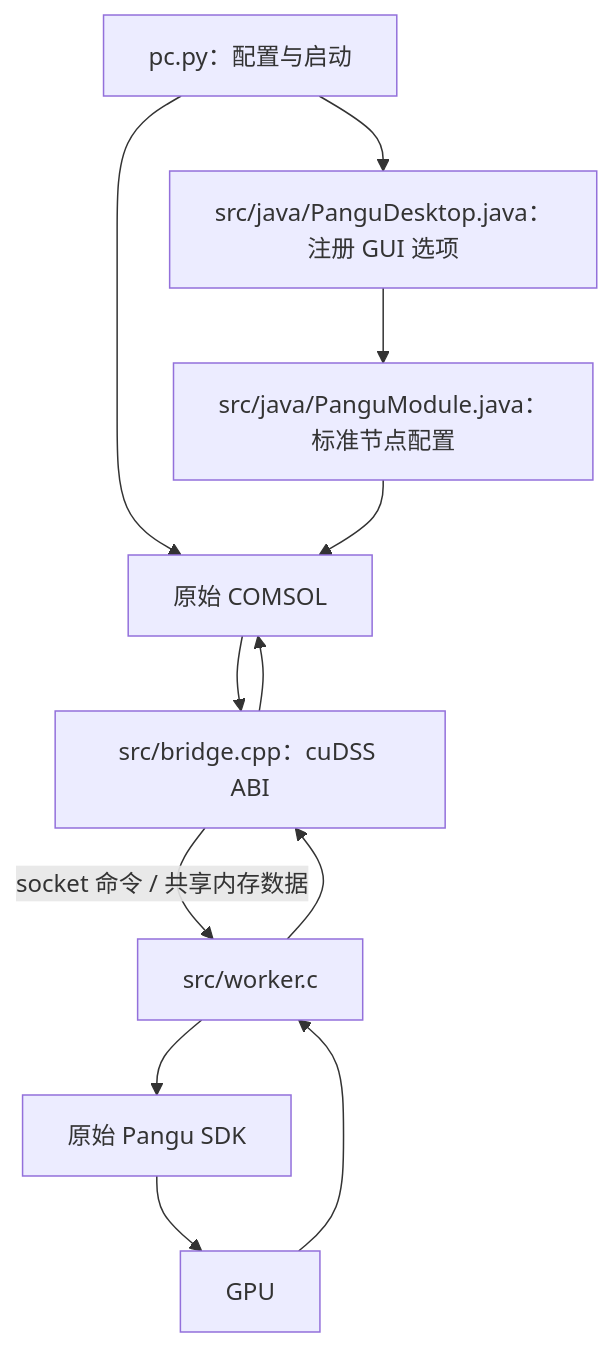
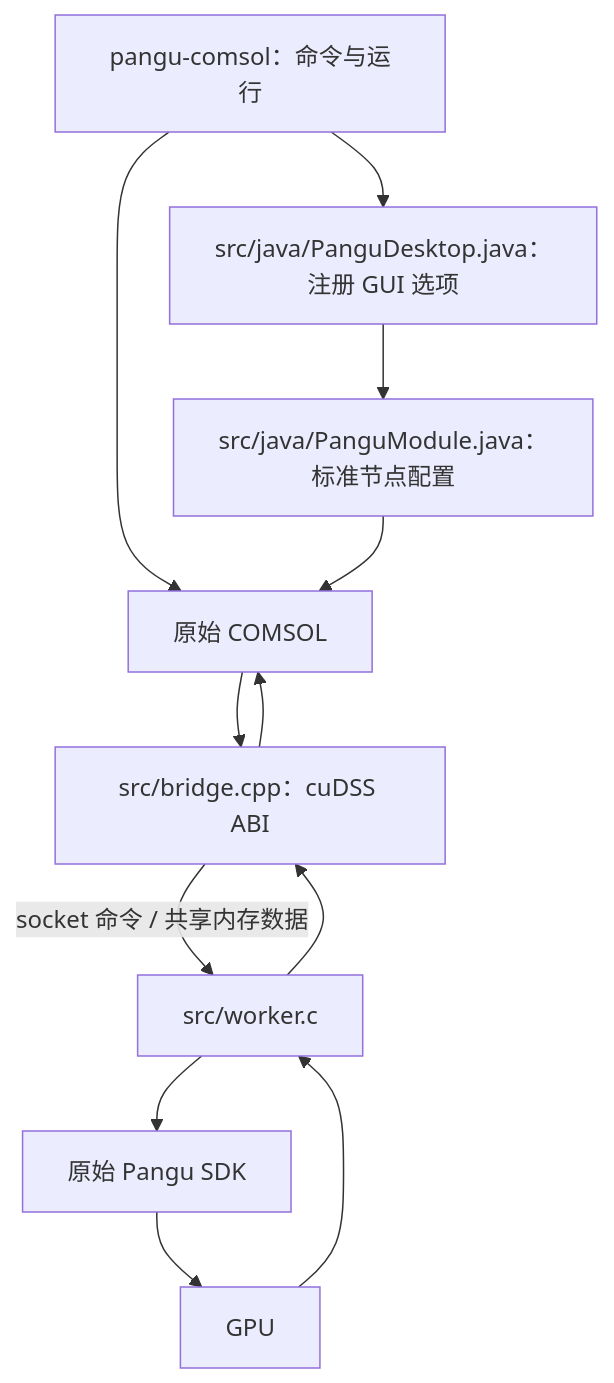
Before and after one commit to yamato720/pangulu-comsol: the diagram in docs/architecture.md, drawn with Mermaid. The commit also changed other lines of this file and 12 other files, not shown here.

````diff
--- a/docs/architecture.md
+++ b/docs/architecture.md
@@ -29,14 +30,14 @@
 ```mermaid
 flowchart TD
-    L[pc.py：配置与启动] --> C[原始 COMSOL]
+    L[pangu-comsol：命令与运行] --> C[原始 COMSOL]
     L --> D[src/java/PanguDesktop.java：注册 GUI 选项]
     D --> J[src/java/PanguModule.java：标准节点配置]
     J --> C
     C --> B[src/bridge.cpp：cuDSS ABI]
     B -->|socket 命令 / 共享内存数据| W[src/worker.c]
     W --> S[原始 Pangu SDK]
     S --> G[GPU]
     G --> W
     W --> B
     B --> C
 ```
````
